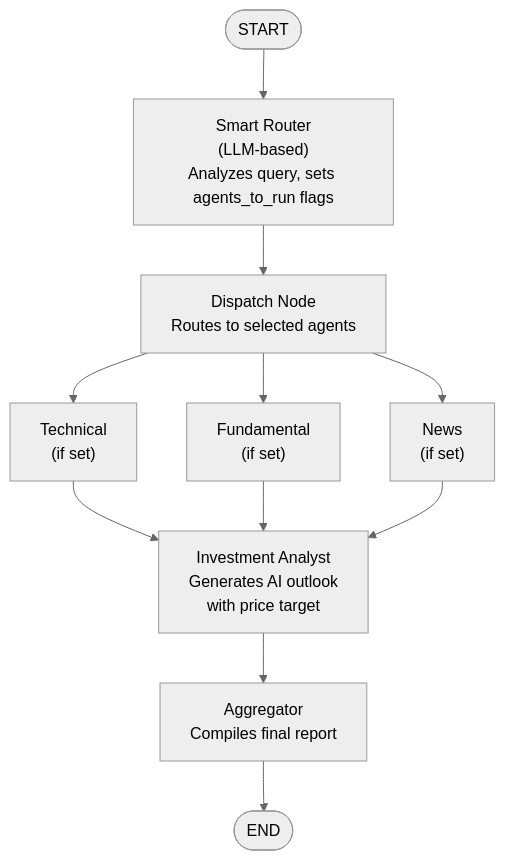
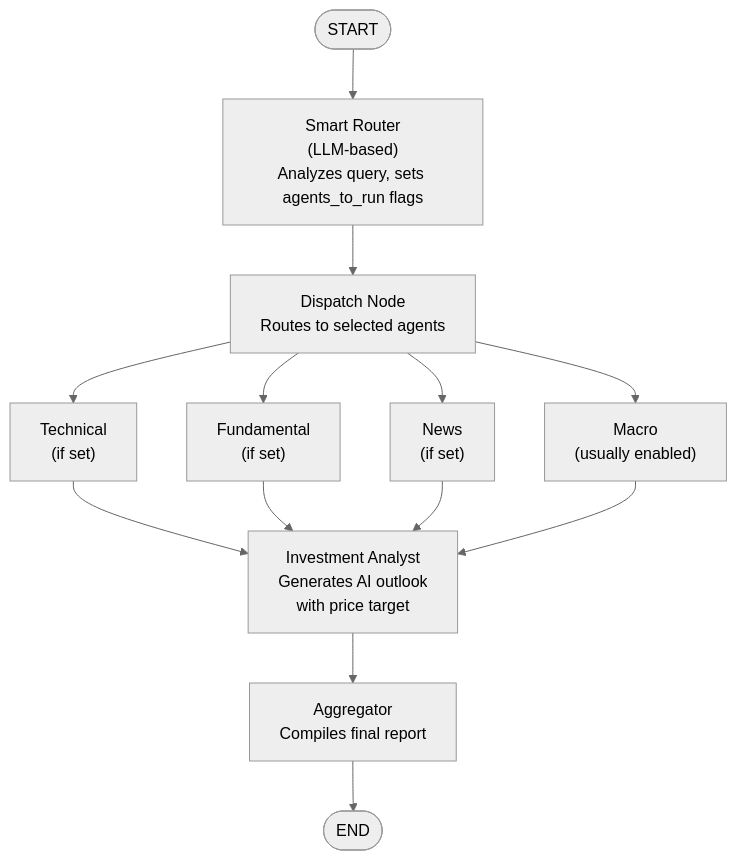
Before and after one commit to michaelzus/ThinkOnlyOnce: the second of 2 diagrams in docs/SDD.md, drawn with Mermaid (neutral theme). The commit also changed other lines of this file and 1 other file, not shown here.

````diff
--- a/docs/SDD.md
+++ b/docs/SDD.md
@@ -85,19 +91,21 @@
 ```mermaid
 flowchart TB
     Start([START])
     Start --> Router["Smart Router<br/>(LLM-based)<br/>Analyzes query, sets agents_to_run flags"]
     
     Router --> Dispatch["Dispatch Node<br/>Routes to selected agents"]
     
     Dispatch --> Tech["Technical<br/>(if set)"]
     Dispatch --> Fund["Fundamental<br/>(if set)"]
     Dispatch --> News["News<br/>(if set)"]
+    Dispatch --> Macro["Macro<br/>(usually enabled)"]
     
     Tech --> Invest["Investment Analyst<br/>Generates AI outlook<br/>with price target"]
     Fund --> Invest
     News --> Invest
+    Macro --> Invest
     
     Invest --> Agg["Aggregator<br/>Compiles final report"]
     
     Agg --> End([END])
 ```
````
